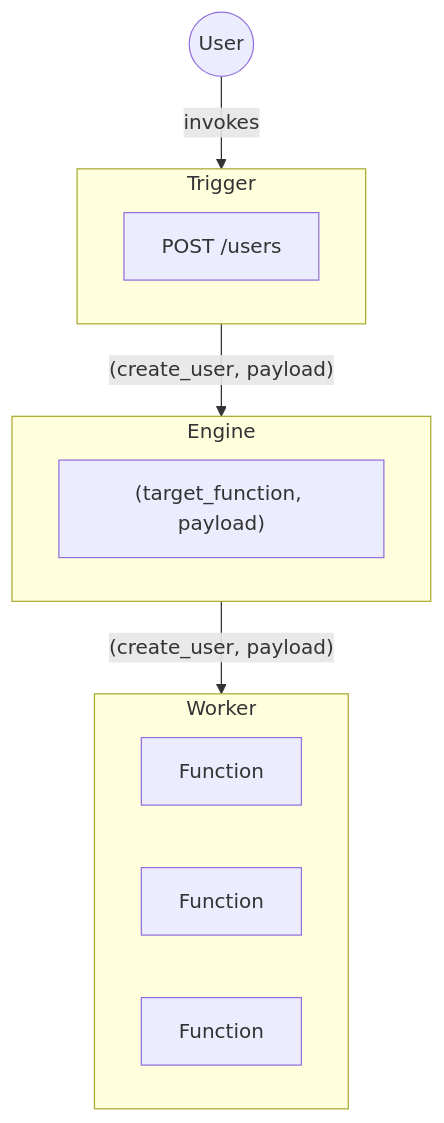
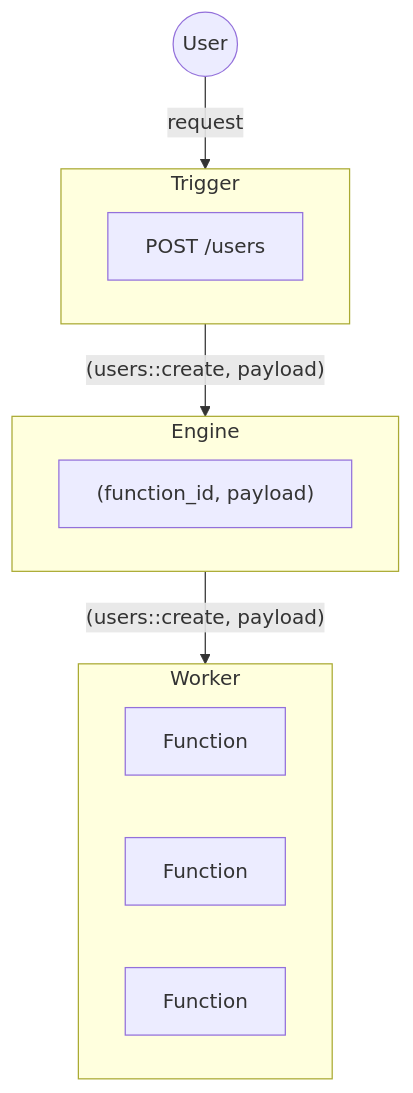
The diagram in content/primitives/engine.mdx (iii-hq/docs), drawn with Mermaid before and after one commit. The commit also changed other lines of this file and 20 other files, not shown here.

````diff
--- a/content/primitives/engine.mdx
+++ b/content/primitives/engine.mdx
@@ -12,18 +12,18 @@
 ```mermaid
 graph TB
-    User((User)) -->|invokes| Trigger
+    User((User)) -->|request| Trigger
 
     subgraph Trigger[Trigger]
-        Config[POST /users]
+        Config["POST /users"]
     end
     subgraph Engine[Engine]
-        Fn["(target_function, payload)"]
+        Fn["(function_id, payload)"]
     end
-    Trigger -->|"(create_user, payload)"| Engine
+    Trigger -->|"(users::create, payload)"| Engine
     subgraph Worker[Worker]
         Fn2[Function]
         Fn3[Function]
         Fn4[Function]
     end
-Engine -->|"(create_user, payload)"| Worker
+Engine -->|"(users::create, payload)"| Worker
 ```
````
